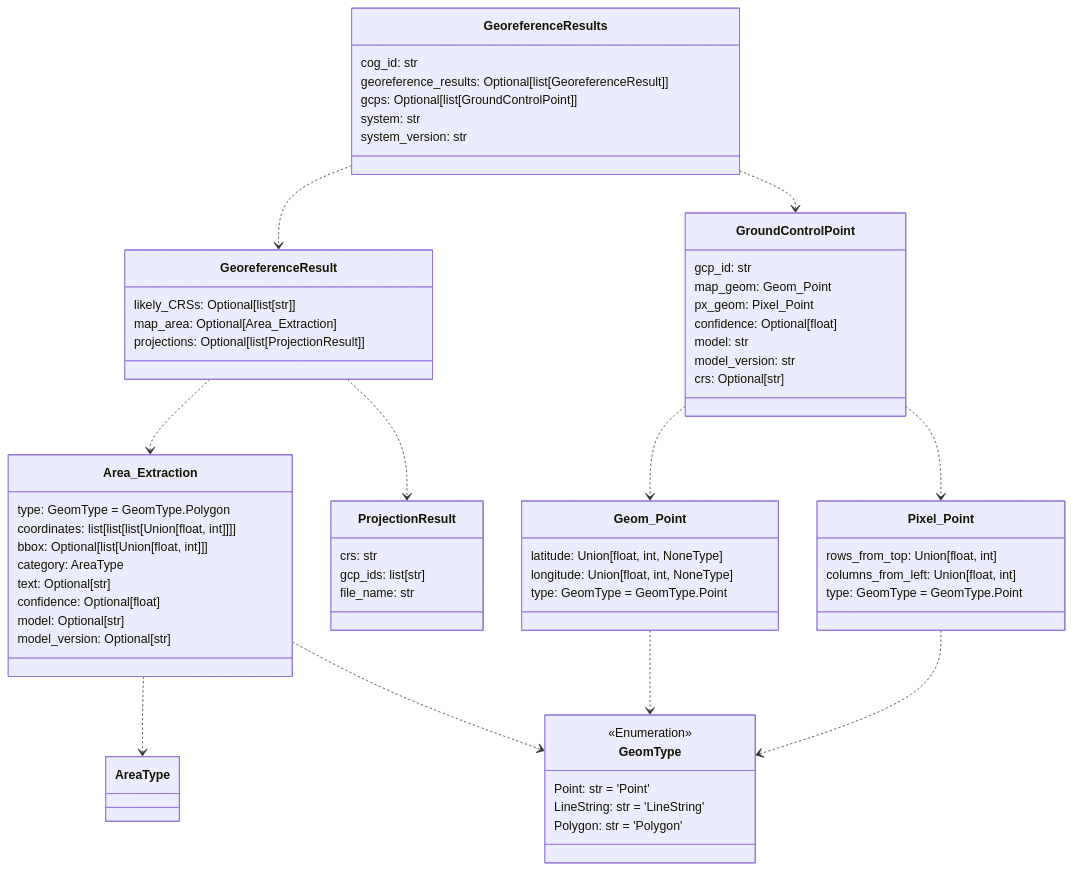
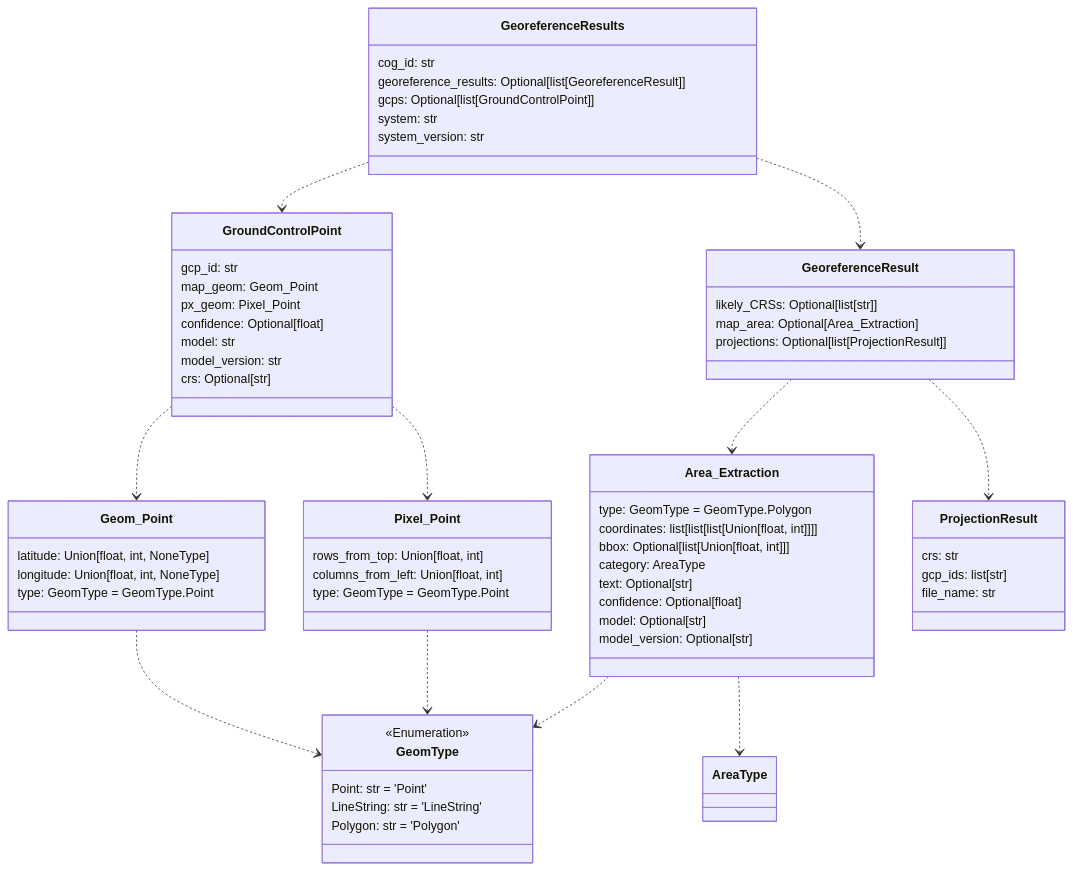
The second of 12 diagrams in README.md (DARPA-CRITICALMAAS/cdr_schemas), drawn with Mermaid before and after one commit. The commit also changed other lines of this file and 2 other files, not shown here.

````diff
--- a/README.md
+++ b/README.md
@@ -113,76 +113,76 @@
 ```mermaid
 classDiagram
+
+    class GroundControlPoint {
+        gcp_id: str
+        map_geom: Geom_Point
+        px_geom: Pixel_Point
+        confidence: Optional[float]
+        model: str
+        model_version: str
+        crs: Optional[str]
+    }
+
+    class GeomType {
+        <<Enumeration>>
+        Point: str = 'Point'
+        LineString: str = 'LineString'
+        Polygon: str = 'Polygon'
+    }
+
+    class ProjectionResult {
+        crs: str
+        gcp_ids: list[str]
+        file_name: str
+    }
+
+    class GeoreferenceResults {
+        cog_id: str
+        georeference_results: Optional[list[GeoreferenceResult]]
+        gcps: Optional[list[GroundControlPoint]]
+        system: str
+        system_version: str
+    }
+
+    class Pixel_Point {
+        rows_from_top: Union[float, int]
+        columns_from_left: Union[float, int]
+        type: GeomType = GeomType.Point
+    }
+
+    class Geom_Point {
+        latitude: Union[float, int, NoneType]
+        longitude: Union[float, int, NoneType]
+        type: GeomType = GeomType.Point
+    }
 
     class GeoreferenceResult {
         likely_CRSs: Optional[list[str]]
         map_area: Optional[Area_Extraction]
         projections: Optional[list[ProjectionResult]]
     }
 
     class Area_Extraction {
         type: GeomType = GeomType.Polygon
         coordinates: list[list[list[Union[float, int]]]]
         bbox: Optional[list[Union[float, int]]]
         category: AreaType
         text: Optional[str]
         confidence: Optional[float]
         model: Optional[str]
         model_version: Optional[str]
     }
 
-    class GeomType {
-        <<Enumeration>>
-        Point: str = 'Point'
-        LineString: str = 'LineString'
-        Polygon: str = 'Polygon'
-    }
-
-    class Pixel_Point {
-        rows_from_top: Union[float, int]
-        columns_from_left: Union[float, int]
-        type: GeomType = GeomType.Point
-    }
-
-    class ProjectionResult {
-        crs: str
-        gcp_ids: list[str]
-        file_name: str
-    }
-
-    class GroundControlPoint {
-        gcp_id: str
-        map_geom: Geom_Point
-        px_geom: Pixel_Point
-        confidence: Optional[float]
-        model: str
-        model_version: str
-        crs: Optional[str]
-    }
-
-    class GeoreferenceResults {
-        cog_id: str
-        georeference_results: Optional[list[GeoreferenceResult]]
-        gcps: Optional[list[GroundControlPoint]]
-        system: str
-        system_version: str
-    }
-
-    class Geom_Point {
-        latitude: Union[float, int, NoneType]
-        longitude: Union[float, int, NoneType]
-        type: GeomType = GeomType.Point
-    }
-
+    Area_Extraction ..> GeomType
     Area_Extraction ..> AreaType
-    Area_Extraction ..> GeomType
     Geom_Point ..> GeomType
     Pixel_Point ..> GeomType
     GroundControlPoint ..> Geom_Point
     GroundControlPoint ..> Pixel_Point
     GeoreferenceResult ..> Area_Extraction
     GeoreferenceResult ..> ProjectionResult
+    GeoreferenceResults ..> GroundControlPoint
     GeoreferenceResults ..> GeoreferenceResult
-    GeoreferenceResults ..> GroundControlPoint
 
 
 ```
````
